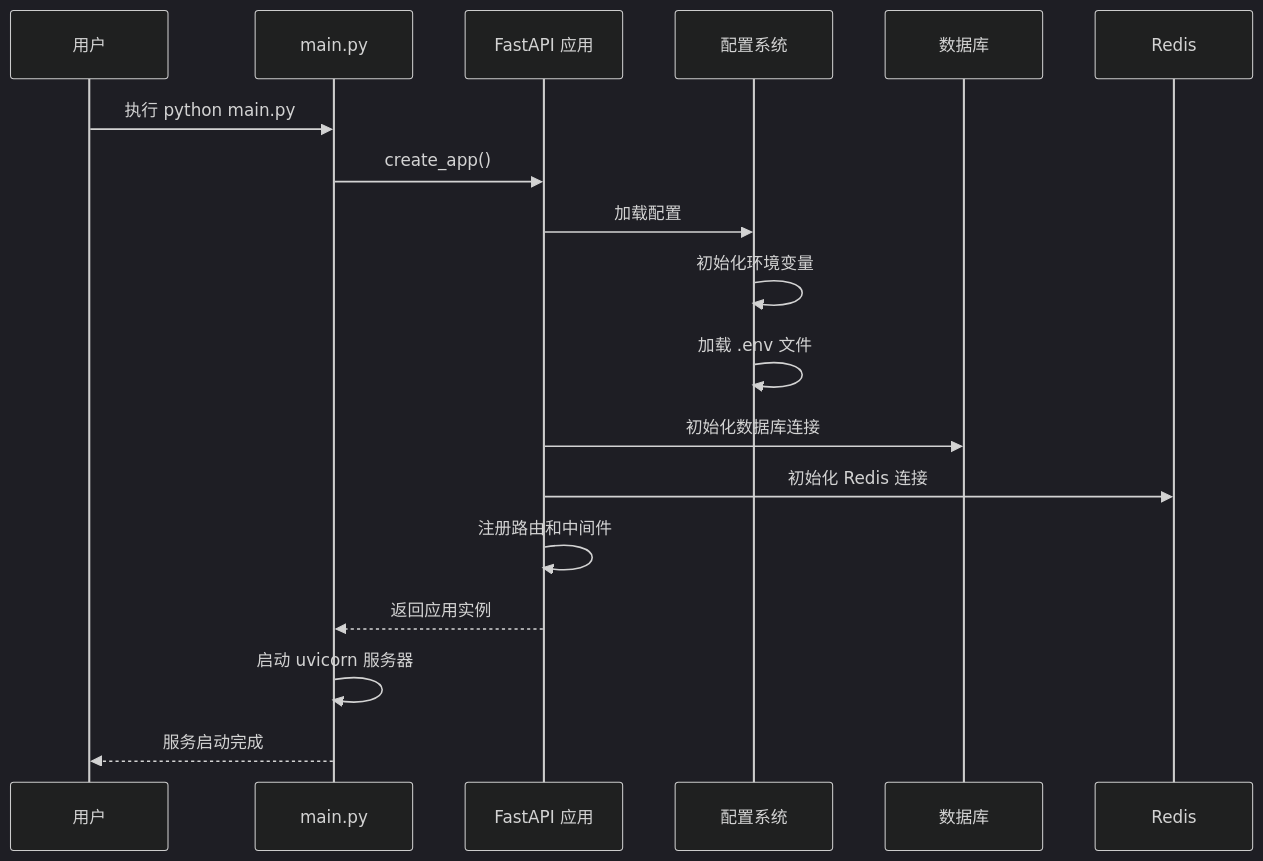
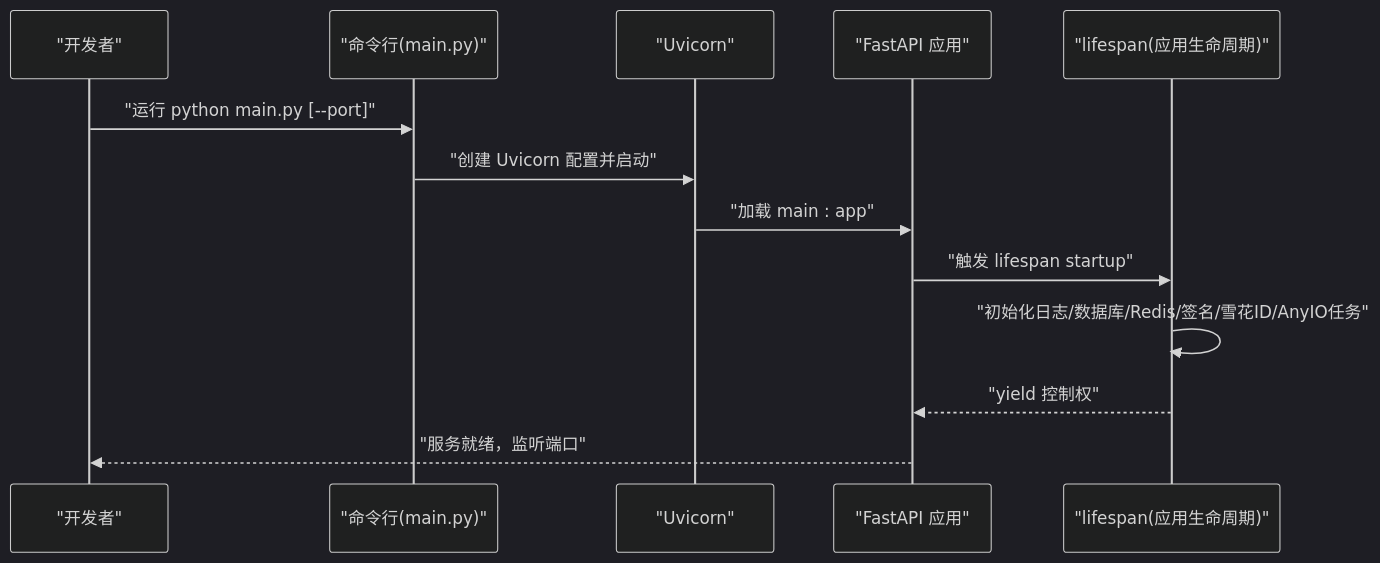
Before and after one commit to lilinzezzzzzz/fastapi-backend: the second of 3 diagrams in .qoder/repowiki/zh/content/快速开始.md, drawn with Mermaid (dark theme). The commit also changed other lines of this file and 104 other files, not shown here.

````diff
--- a/.qoder/repowiki/zh/content/快速开始.md
+++ b/.qoder/repowiki/zh/content/快速开始.md
@@ -348,20 +99,15 @@
 ```mermaid
 sequenceDiagram
-participant User as 用户
-participant Main as main.py
-participant App as FastAPI 应用
-participant Config as 配置系统
-participant DB as 数据库
-participant Redis as Redis
-User->>Main : 执行 python main.py
-Main->>App : create_app()
-App->>Config : 加载配置
-Config->>Config : 初始化环境变量
-Config->>Config : 加载 .env 文件
-App->>DB : 初始化数据库连接
-App->>Redis : 初始化 Redis 连接
-App->>App : 注册路由和中间件
-App-->>Main : 返回应用实例
-Main->>Main : 启动 uvicorn 服务器
-Main-->>User : 服务启动完成
+participant Dev as "开发者"
+participant CLI as "命令行(main.py)"
+participant UV as "Uvicorn"
+participant APP as "FastAPI 应用"
+participant LIFE as "lifespan(应用生命周期)"
+Dev->>CLI : "运行 python main.py [--port]"
+CLI->>UV : "创建 Uvicorn 配置并启动"
+UV->>APP : "加载 main : app"
+APP->>LIFE : "触发 lifespan startup"
+LIFE->>LIFE : "初始化日志/数据库/Redis/签名/雪花ID/AnyIO任务"
+LIFE-->>APP : "yield 控制权"
+APP-->>Dev : "服务就绪，监听端口"
 ```
````
